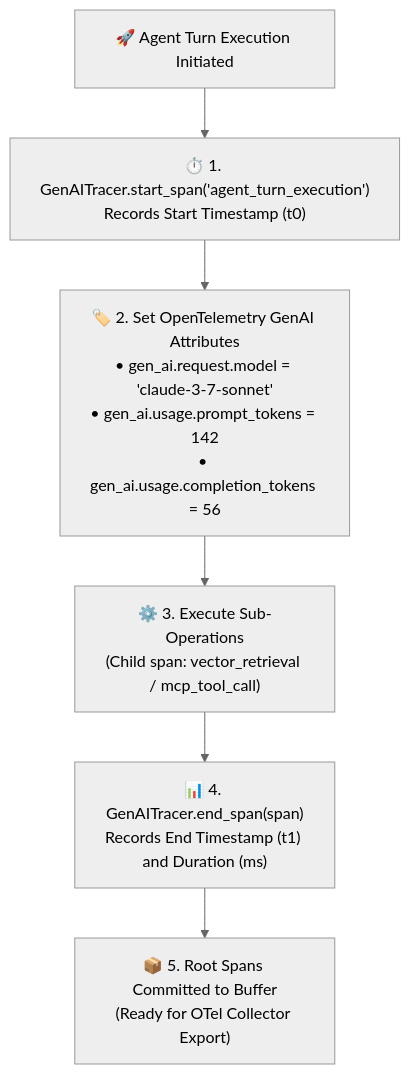
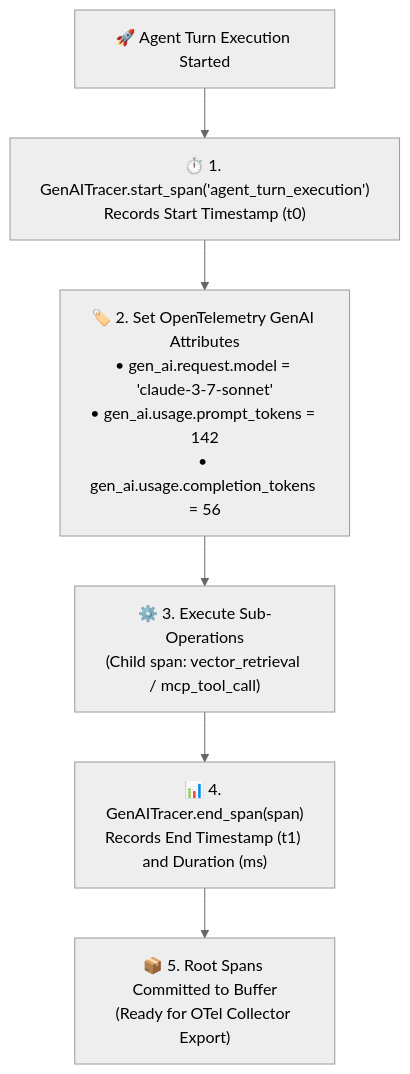
Before and after one commit to dip4k/senior-engineer-to-ai-engineer-roadmap: the diagram in labs/lab-05-ai-observability-tracing.md, drawn with Mermaid (neutral theme). The commit also changed other lines of this file and 26 other files, not shown here.

````diff
--- a/labs/lab-05-ai-observability-tracing.md
+++ b/labs/lab-05-ai-observability-tracing.md
@@ -22,11 +22,11 @@
 ```mermaid
 flowchart TD
-    Req["🚀 Agent Turn Execution Initiated"] --> StartSpan["⏱️ 1. GenAITracer.start_span('agent_turn_execution')<br>Records Start Timestamp (t0)"]
+    Req["🚀 Agent Turn Execution Started"] --> StartSpan["⏱️ 1. GenAITracer.start_span('agent_turn_execution')<br>Records Start Timestamp (t0)"]
     
     StartSpan --> SetAttrs["🏷️ 2. Set OpenTelemetry GenAI Attributes<br>• gen_ai.request.model = 'claude-3-7-sonnet'<br>• gen_ai.usage.prompt_tokens = 142<br>• gen_ai.usage.completion_tokens = 56"]
     
     SetAttrs --> ChildSpan["⚙️ 3. Execute Sub-Operations<br>(Child span: vector_retrieval / mcp_tool_call)"]
     
     ChildSpan --> EndSpan["📊 4. GenAITracer.end_span(span)<br>Records End Timestamp (t1) and Duration (ms)"]
     EndSpan --> TraceBuffer["📦 5. Root Spans Committed to Buffer<br>(Ready for OTel Collector Export)"]
 ```
````
